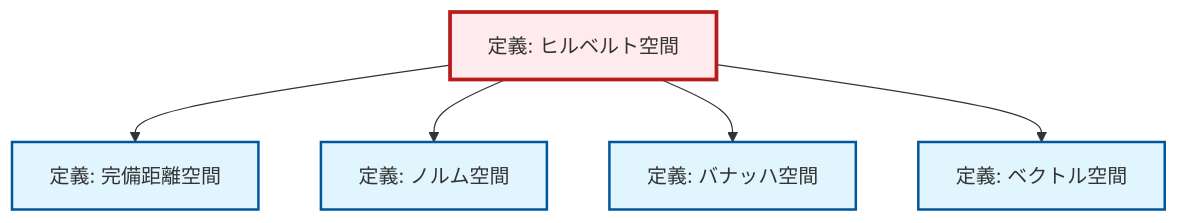
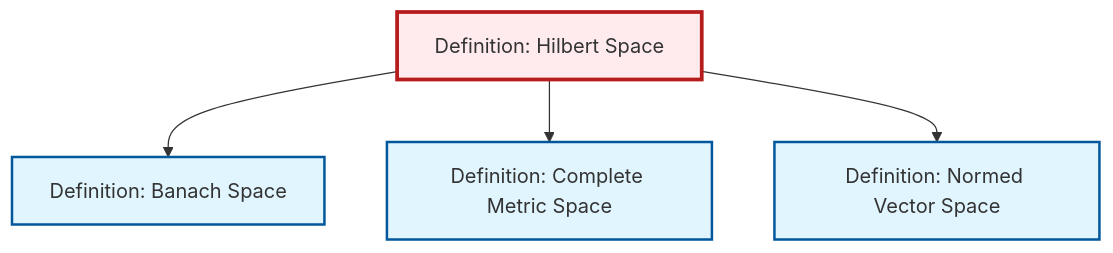
One commit to RK0429/ModernMath changed the diagram in content/ja/analysis/def-hilbert-space.qmd. Above: the diagram before and after it, drawn with Mermaid. The commit also changed other lines of this file and 597 other files, not shown here.

````diff
--- a/content/ja/analysis/def-hilbert-space.qmd
+++ b/content/ja/analysis/def-hilbert-space.qmd
@@ -173,23 +173,20 @@
 ```{mermaid}
-%%| fig-cap: "依存関係グラフ"
+%%| fig-cap: "Local dependency graph"
 graph TD
     classDef definition fill:#e1f5fe,stroke:#01579b,stroke-width:2px
     classDef theorem fill:#f3e5f5,stroke:#4a148c,stroke-width:2px
     classDef axiom fill:#fff3e0,stroke:#e65100,stroke-width:2px
     classDef example fill:#e8f5e9,stroke:#1b5e20,stroke-width:2px
     classDef current fill:#ffebee,stroke:#b71c1c,stroke-width:3px
-    def-hilbert-space["定義: ヒルベルト空間"]:::definition
-    def-normed-vector-space["定義: ノルム空間"]:::definition
-    def-complete-metric-space["定義: 完備距離空間"]:::definition
-    def-banach-space["定義: バナッハ空間"]:::definition
-    def-vector-space["定義: ベクトル空間"]:::definition
+    def-banach-space["Definition: Banach Space"]:::definition
+    def-complete-metric-space["Definition: Complete Metric Space"]:::definition
+    def-normed-vector-space["Definition: Normed Vector Space"]:::definition
+    def-hilbert-space["Definition: Hilbert Space"]:::definition
+    def-hilbert-space --> def-banach-space
     def-hilbert-space --> def-complete-metric-space
     def-hilbert-space --> def-normed-vector-space
-    def-hilbert-space --> def-banach-space
-    def-hilbert-space --> def-vector-space
     class def-hilbert-space current
-    click def-normed-vector-space "def-normed-vector-space.html" "ノルム空間の定義へ"
-    click def-complete-metric-space "def-complete-metric-space.html" "完備距離空間の定義へ"
-    click def-banach-space "def-banach-space.html" "バナッハ空間の定義へ"
-    click def-vector-space "../algebra/def-vector-space.html" "ベクトル空間の定義へ"
+    click def-banach-space "def-banach-space.html" "Definition: Banach Spaceへ"
+    click def-complete-metric-space "def-complete-metric-space.html" "Definition: Complete Metric Spaceへ"
+    click def-normed-vector-space "def-normed-vector-space.html" "Definition: Normed Vector Spaceへ"
 ```
````
